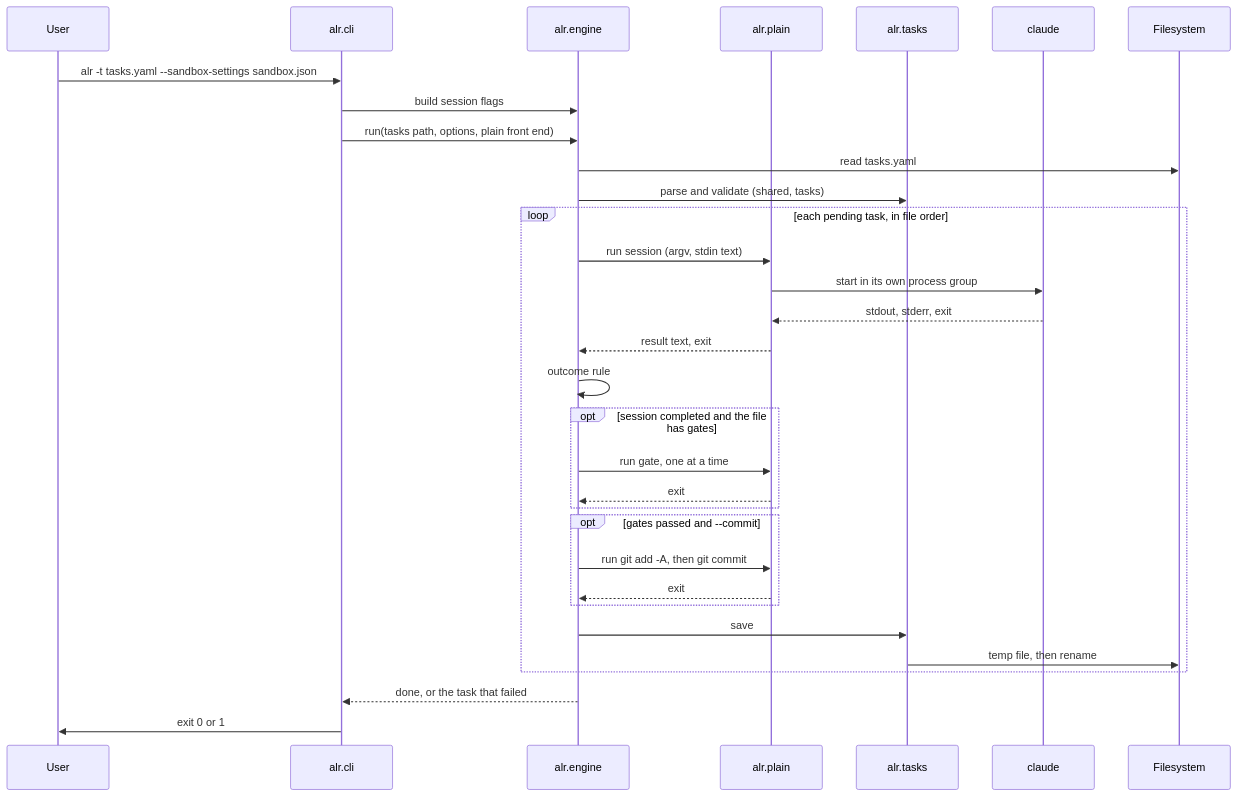
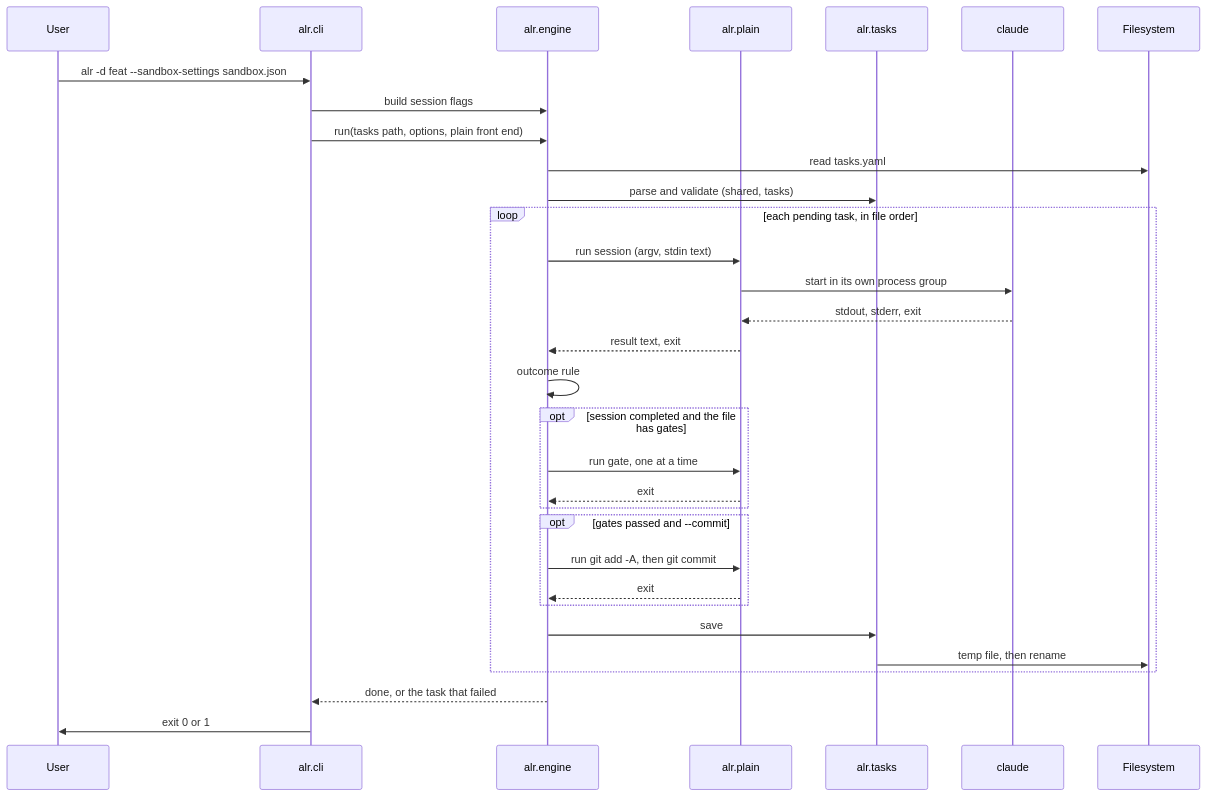
Before and after one commit to twistingmercury/agentic_loop_runner: the third of 5 diagrams in docs/design/03_system_architecture.md, drawn with Mermaid. The commit also changed other lines of this file and 65 other files, not shown here.

````diff
--- a/docs/design/03_system_architecture.md
+++ b/docs/design/03_system_architecture.md
@@ -263,35 +358,35 @@
 ```mermaid
+%%{init: {"themeVariables": {"actorTextColor": "#000000"}}}%%
 sequenceDiagram
     participant User
     participant CLI as alr.cli
     participant Engine as alr.engine
     participant Plain as alr.plain
     participant Tasks as alr.tasks
     participant Claude as claude
     participant FS as Filesystem
-
-    User->>CLI: alr -t tasks.yaml --sandbox-settings sandbox.json
-    CLI->>Engine: build session flags
-    CLI->>Engine: run(tasks path, options, plain front end)
-    Engine->>FS: read tasks.yaml
-    Engine->>Tasks: parse and validate (shared, tasks)
+    User ->> CLI: alr -d feat --sandbox-settings sandbox.json
+    CLI ->> Engine: build session flags
+    CLI ->> Engine: run(tasks path, options, plain front end)
+    Engine ->> FS: read tasks.yaml
+    Engine ->> Tasks: parse and validate (shared, tasks)
     loop each pending task, in file order
-        Engine->>Plain: run session (argv, stdin text)
-        Plain->>Claude: start in its own process group
-        Claude-->>Plain: stdout, stderr, exit
-        Plain-->>Engine: result text, exit
-        Engine->>Engine: outcome rule
+        Engine ->> Plain: run session (argv, stdin text)
+        Plain ->> Claude: start in its own process group
+        Claude -->> Plain: stdout, stderr, exit
+        Plain -->> Engine: result text, exit
+        Engine ->> Engine: outcome rule
         opt session completed and the file has gates
-            Engine->>Plain: run gate, one at a time
-            Plain-->>Engine: exit
+            Engine ->> Plain: run gate, one at a time
+            Plain -->> Engine: exit
         end
         opt gates passed and --commit
-            Engine->>Plain: run git add -A, then git commit
-            Plain-->>Engine: exit
+            Engine ->> Plain: run git add -A, then git commit
+            Plain -->> Engine: exit
         end
-        Engine->>Tasks: save
-        Tasks->>FS: temp file, then rename
+        Engine ->> Tasks: save
+        Tasks ->> FS: temp file, then rename
     end
-    Engine-->>CLI: done, or the task that failed
-    CLI->>User: exit 0 or 1
+    Engine -->> CLI: done, or the task that failed
+    CLI ->> User: exit 0 or 1
 ```
````
